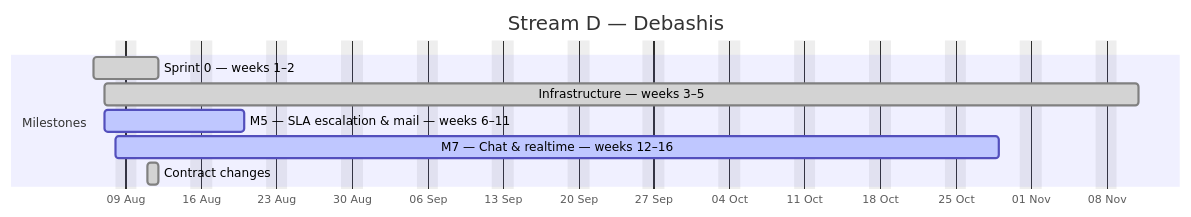
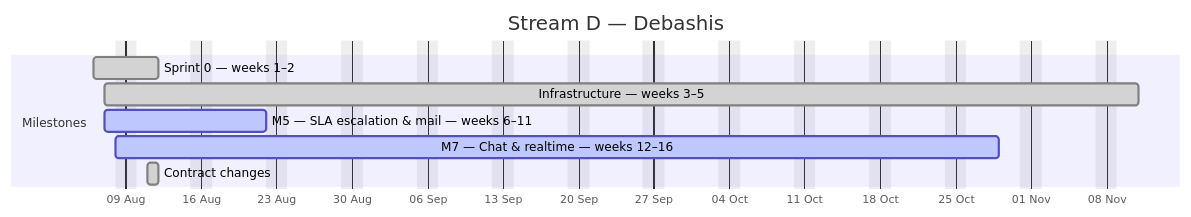
The fourth of 4 diagrams in docs/plan/GANTT.md (debashisedunext/EduTrack), drawn with Mermaid before and after one commit. The commit also changed other lines of this file and 4 other files, not shown here.

````diff
--- a/docs/plan/GANTT.md
+++ b/docs/plan/GANTT.md
@@ -158,13 +158,13 @@
 ```mermaid
 gantt
     dateFormat YYYY-MM-DD
     axisFormat %d %b
     title Stream D — Debashis
     excludes weekends
     section Milestones
     Sprint 0 — weeks 1–2 :done, d0, 2026-08-06, 4d
     Infrastructure — weeks 3–5 :done, d1, 2026-08-07, 68d
-    M5 — SLA  escalation & mail — weeks 6–11 :active, d2, 2026-08-07, 9d
+    M5 — SLA  escalation & mail — weeks 6–11 :active, d2, 2026-08-07, 11d
     M7 — Chat & realtime — weeks 12–16 :active, d3, 2026-08-08, 59d
     Contract changes :done, d4, 2026-08-11, 1d
 ```
````
